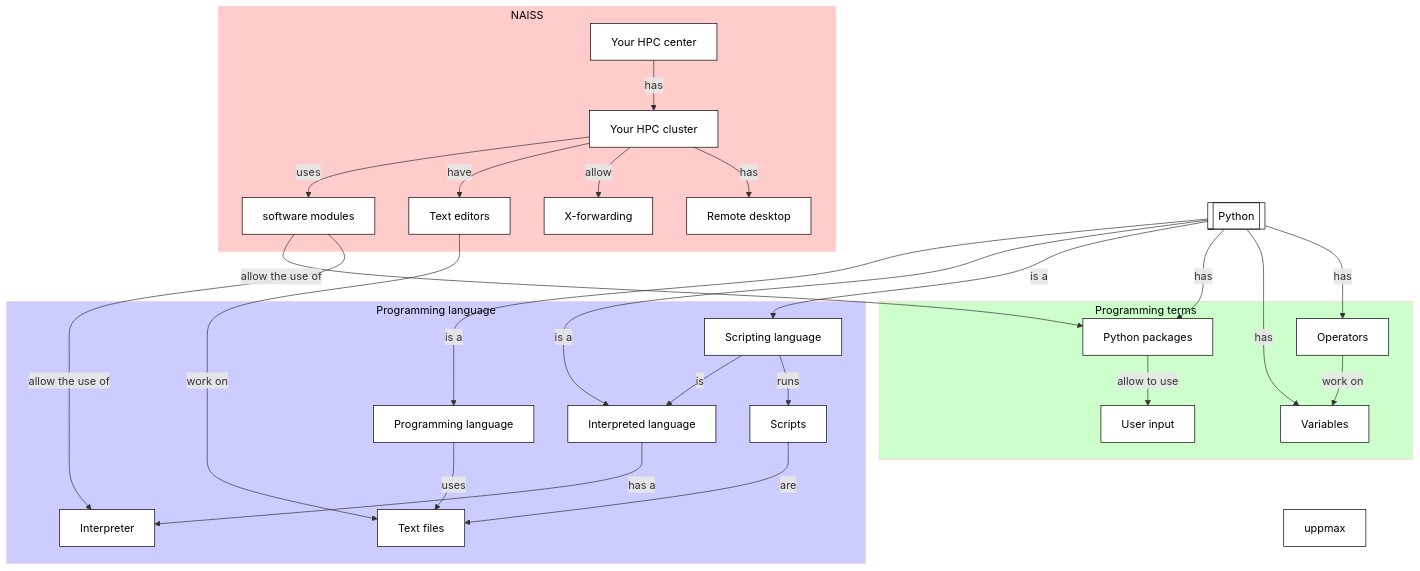
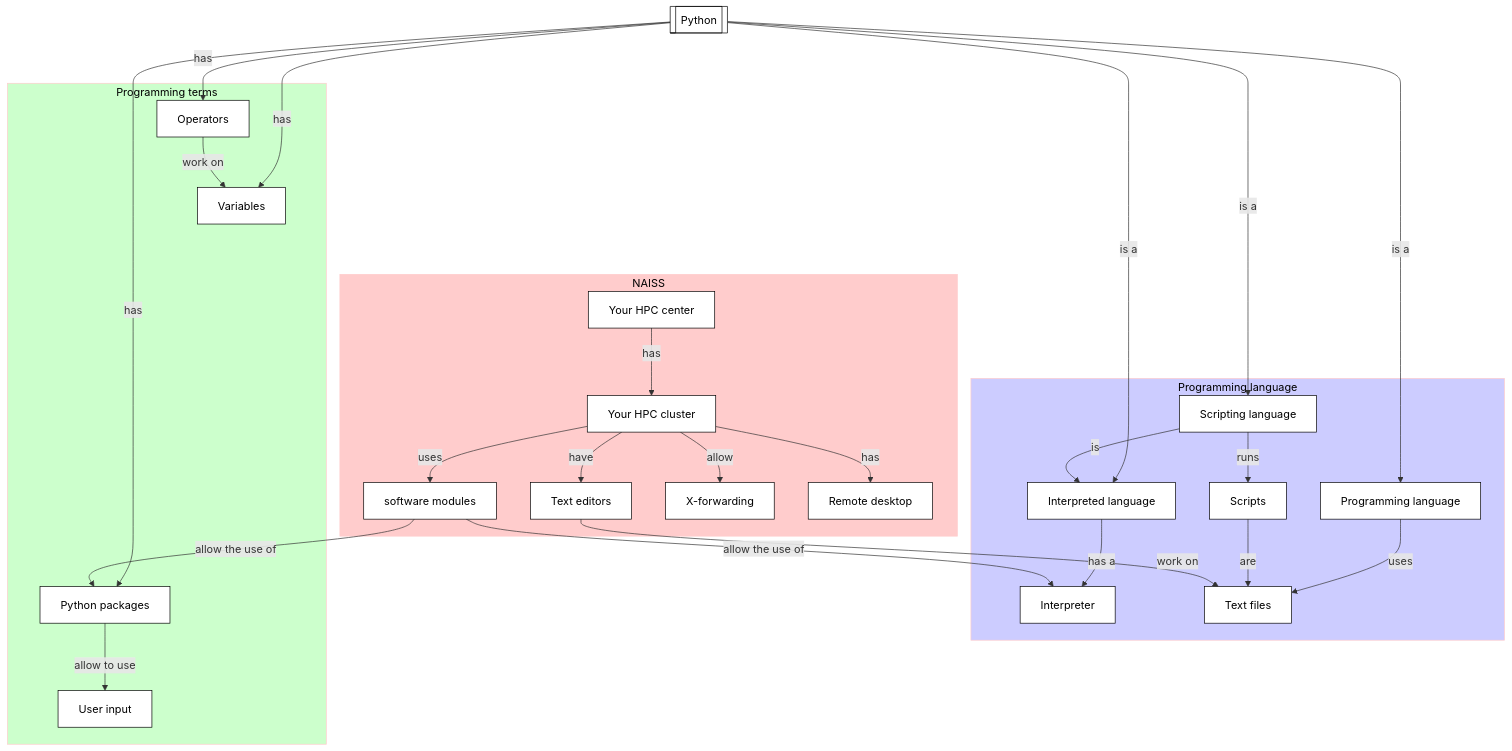
One commit to UPPMAX/uppmax_intro_python changed the diagram in docs/sessions/variables_expressions_and_statements_1.md. Above: the diagram before and after it, drawn with Mermaid. The commit also changed 10 other files, not shown here.

````diff
--- a/docs/sessions/variables_expressions_and_statements_1.md
+++ b/docs/sessions/variables_expressions_and_statements_1.md
@@ -53,76 +53,76 @@
 ```mermaid
 flowchart TD
     python[[Python]]
 
     %% Give a white background to all nodes, instead of a transparent one
     classDef node fill:#fff,color:#000,stroke:#000
 
     subgraph sub_programming_language[Programming language]
       interpreted_language[Interpreted language]
       programming_language[Programming language]
       scripting_language[Scripting language]
       interpreter[Interpreter]
       scripts[Scripts]
       text_files[Text files]
     end
     style sub_programming_language fill:#ccf,color:#000,stroke:#fcc
 
     subgraph sub_programming_terms[Programming terms]
       user_input[User input]
       %% file_io[File I/O]
       %% command_line_arguments[Command-line arguments]
       variables[Variables]
       operators[Operators]
       %% functions[Functions]
       python_packages[Python packages]
       %% graphics[Graphics]
     end 
     style sub_programming_terms fill:#cfc,color:#000,stroke:#fcc
 
     subgraph sub_naiss[NAISS]
       your_hpc_center[Your HPC center]
       your_hpc_cluster[Your HPC cluster]
       modules[software modules]
       text_editors[Text editors]
       x_forwarding[X-forwarding]
       remote_desktop[Remote desktop]
     end
     style sub_naiss fill:#fcc,color:#000,stroke:#fcc
 
     python --> |is a| programming_language
     python --> |is a| interpreted_language
     python --> |is a| scripting_language
 
     programming_language --> |uses| text_files
     interpreted_language --> |has a| interpreter
     scripting_language --> |is|interpreted_language
     scripting_language --> |runs| scripts
     scripts --> |are| text_files
     %% scripts --> |can use| command_line_arguments
 
     python --> |has| python_packages
     python --> |has| variables
     %%python --> |has| functions
     python --> |has| operators
     %%functions --> |use| variables
     operators --> |work on| variables
     %%python_packages --> |allow| graphics
     python_packages --> |allow to use| user_input
     %% python_packages --> |allow to do| file_io
     %% python_packages --> |allow to use| command_line_arguments
 
     your_hpc_center --> |has| your_hpc_cluster
     your_hpc_cluster --> |uses| modules
     your_hpc_cluster --> |have| text_editors
     your_hpc_cluster --> |allow| x_forwarding
     your_hpc_cluster --> |has| remote_desktop
     modules --> |allow the use of| python_packages
     modules --> |allow the use of| interpreter
 
     text_editors --> |work on|text_files
     %%x_forwarding --> |allows|graphics
     %%remote_desktop --> |allows|graphics
     
 
-    variables ~~~ uppmax
+    variables ~~~ your_hpc_center
 ```
````
